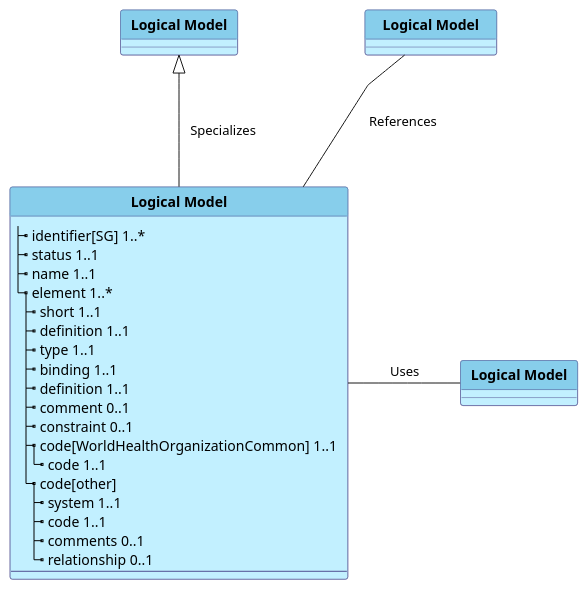
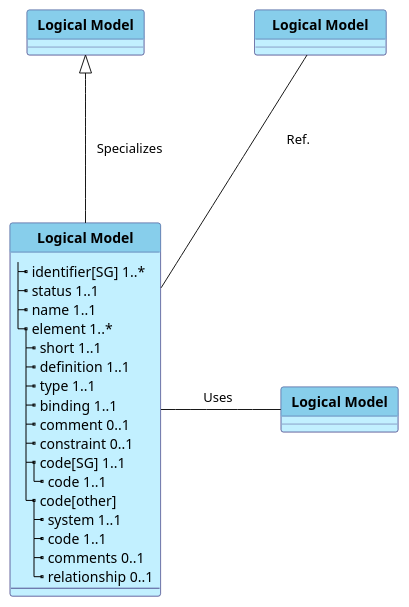
One commit to WorldHealthOrganization/smart-ig-starter-kit changed the diagram in input/images-source/model_logicalmodel.plantuml. Above: the diagram before and after it, drawn with PlantUML. The commit also changed 15 other files, not shown here.

```diff
--- a/input/images-source/model_logicalmodel.plantuml
+++ b/input/images-source/model_logicalmodel.plantuml
@@ -1,65 +1,65 @@
 @startuml
 'skinparam linetype ortho
 skinparam linetype polyline
 hide circle
 hide stereotype
 
 '!pragma layout smetana
 
 skinparam class<<MD>> {
  BorderColor DarkSlateGray
  BackgroundColor WhiteSmoke
  HeaderBackgroundColor #909090
 }
 
 skinparam class<<TM>> {
  BorderColor #505090
  BackgroundColor APPLICATION
  HeaderBackgroundColor SkyBlue
 }
 
     class "**  Logical Model  **" as LM<<TM>> {
         |_ identifier[SG] 1..*   
         |_ status 1..1
         |_ name 1..1
         |_ element 1..*
           |_ short 1..1
           |_ definition 1..1
           |_ type 1..1
           |_ binding 1..1
-          |_ definition 1..1
           |_ comment 0..1
           |_ constraint 0..1
-          |_ code[WorldHealthOrganizationCommon] 1..1   
+          |_ code[SG] 1..1   
             |_ code 1..1
           |_ code[other]
             |_ system 1..1
             |_ code 1..1
             |_ comments 0..1
-            |_ relationship 0..1
+            |_ relationship 0..1  
         --
     }
 
     class "**  Logical Model  **" as LMP<<TM>> {
     }
  
      class "**  Logical Model  **" as LMD<<TM>> {
     }
 
 
  class "**    Logical Model    **" as LMR<<TM>> {
     }
 
 LM -u-|> LMP : "\n\n   Specializes  \n " 
-LM -r- LMD : "       Uses       "
+LM -r- LMD : "       Uses         "
+'LMP -r- LMR : "     "
 
-LM -u- LMR : "References"
+LM -u- LMR : "Ref."  
 
 
-LMP -r[hidden]-|> LMR : "                           "
-LMR -D[hidden]- LMD : "  "
+LMP -r[hidden]-|> LMR : "                      "
+LMR -D[hidden]- LMD : "      \n\n\n\n\n  "
 'LM -u- LMR : "                "
 
 
 
 @enduml
```
